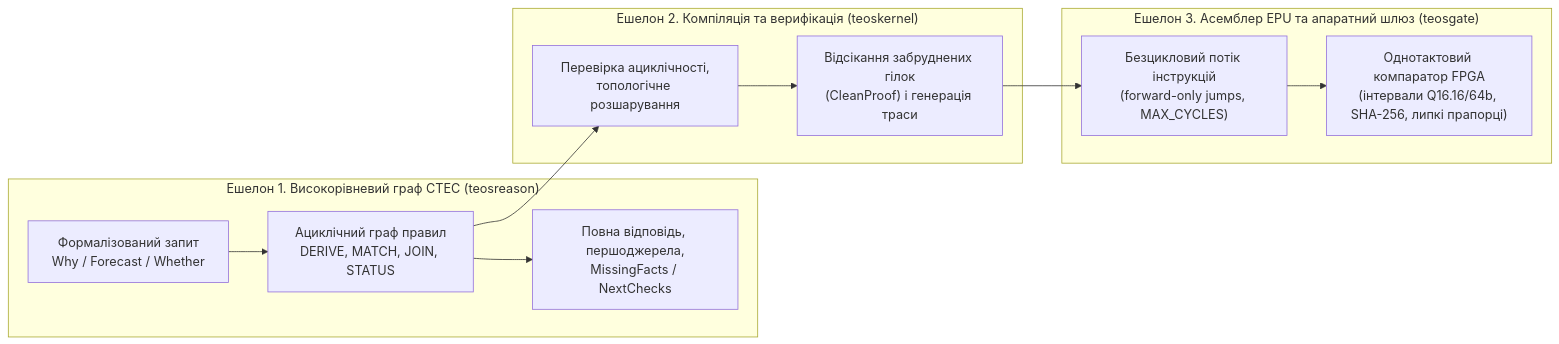
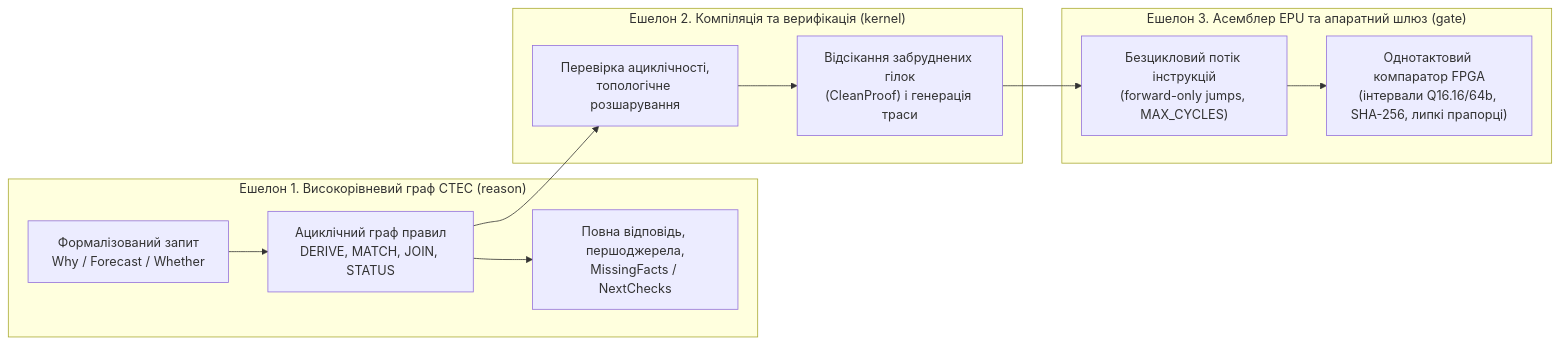
Before and after one commit to nick-fedchik/articles: the diagram in Expert_System_Circuits/ch01-foundations-and-circuit-architecture.md, drawn with Mermaid. The commit also changed other lines of this file and 148 other files, not shown here.

````diff
--- a/Expert_System_Circuits/ch01-foundations-and-circuit-architecture.md
+++ b/Expert_System_Circuits/ch01-foundations-and-circuit-architecture.md
@@ -137,17 +137,17 @@
 ```mermaid
 flowchart LR
   accTitle: Схема 1.2. Три ешелони реалізації СТЕС
   accDescr: Перехід від високорівневого графа виведення через статичну компіляцію до безциклового асемблера EPU та апаратного компаратора на FPGA.
-  subgraph Tier1["Ешелон 1. Високорівневий граф СТЕС (teosreason)"]
+  subgraph Tier1["Ешелон 1. Високорівневий граф СТЕС (reason)"]
     Q["Формалізований запит<br/>Why / Forecast / Whether"] --> DAG["Ациклічний граф правил<br/>DERIVE, MATCH, JOIN, STATUS"]
     DAG --> ANS["Повна відповідь, першоджерела,<br/>MissingFacts / NextChecks"]
   end
-  subgraph Tier2["Ешелон 2. Компіляція та верифікація (teoskernel)"]
+  subgraph Tier2["Ешелон 2. Компіляція та верифікація (kernel)"]
     DAG --> TOPO["Перевірка ациклічності,<br/>топологічне розшарування"]
     TOPO --> CLEAN["Відсікання забруднених гілок<br/>(CleanProof) і генерація траси"]
   end
-  subgraph Tier3["Ешелон 3. Асемблер EPU та апаратний шлюз (teosgate)"]
+  subgraph Tier3["Ешелон 3. Асемблер EPU та апаратний шлюз (gate)"]
     CLEAN --> EISA["Безцикловий потік інструкцій<br/>(forward-only jumps, MAX_CYCLES)"]
     EISA --> RTL["Однотактовий компаратор FPGA<br/>(інтервали Q16.16/64b, SHA-256, липкі прапорці)"]
   end
 ```
````
